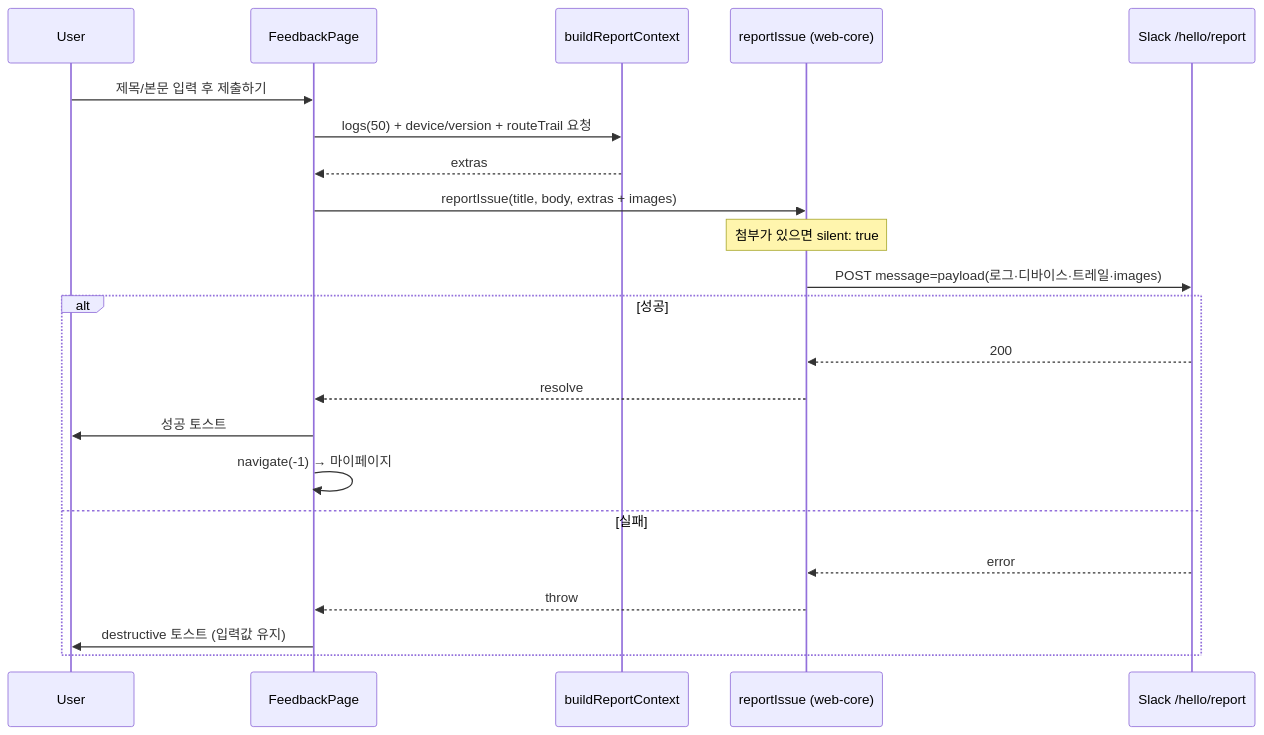
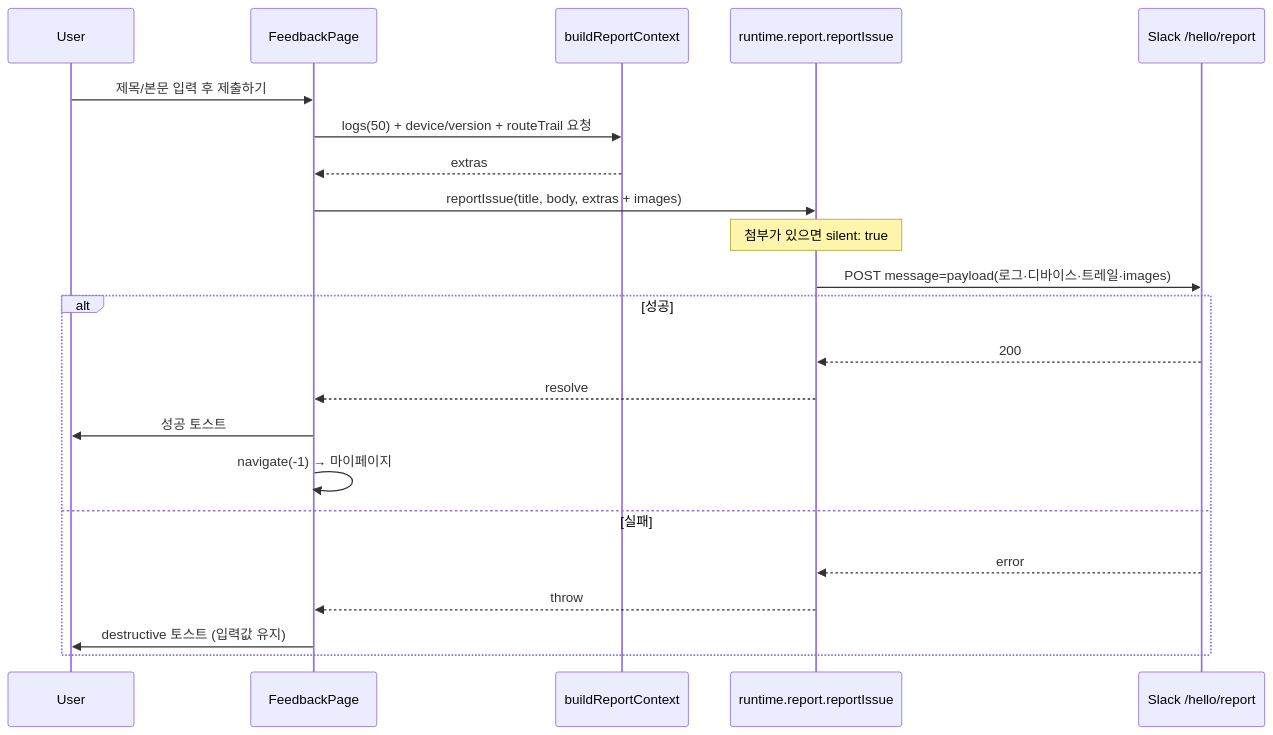
The second of 3 diagrams in apps/web/docs/feature/feedback/README.md (lemoncloud-io/dou-app), drawn with Mermaid before and after one commit. The commit also changed other lines of this file and 1 other file, not shown here.

First line of the commit message:
docs(web/feedback,mypage): point the report and subscription docs at the libs that exist

````diff
--- a/apps/web/docs/feature/feedback/README.md
+++ b/apps/web/docs/feature/feedback/README.md
@@ -101,25 +101,25 @@
 ```mermaid
 sequenceDiagram
     participant U as User
     participant P as FeedbackPage
     participant B as buildReportContext
-    participant R as reportIssue (web-core)
+    participant R as runtime.report.reportIssue
     participant S as Slack /hello/report
 
     U->>P: 제목/본문 입력 후 제출하기
     P->>B: logs(50) + device/version + routeTrail 요청
     B-->>P: extras
     P->>R: reportIssue(title, body, extras + images)
     Note over R: 첨부가 있으면 silent: true
     R->>S: POST message=payload(로그·디바이스·트레일·images)
     alt 성공
         S-->>R: 200
         R-->>P: resolve
         P->>U: 성공 토스트
         P->>P: navigate(-1) → 마이페이지
     else 실패
         S-->>R: error
         R-->>P: throw
         P->>U: destructive 토스트 (입력값 유지)
     end
 ```
````
